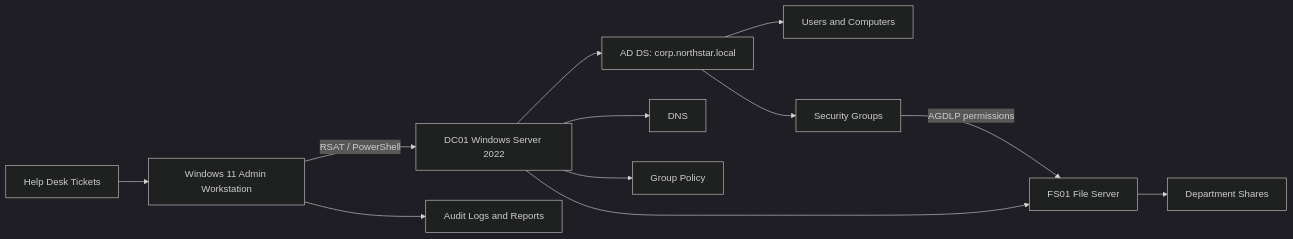
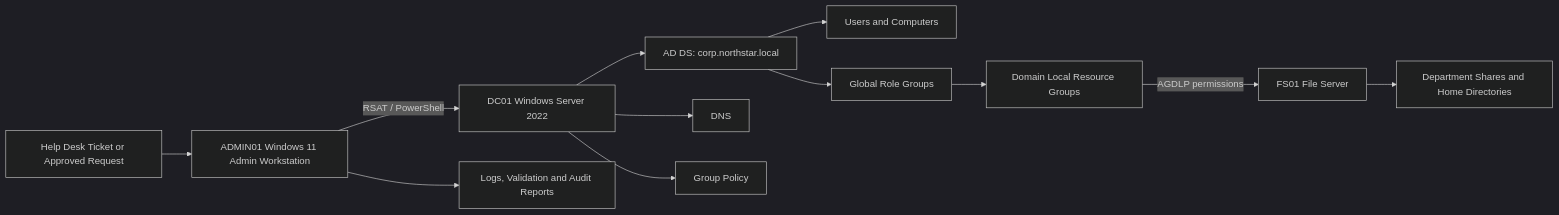
Before and after one commit to JamieChristian22/enterprise-it-operations-lab: the diagram in enterprise-active-directory-user-management-lab/README.md, drawn with Mermaid (dark theme). The commit also changed other lines of this file, not shown here.

````diff
--- a/enterprise-active-directory-user-management-lab/README.md
+++ b/enterprise-active-directory-user-management-lab/README.md
@@ -59,14 +68,14 @@
 ```mermaid
 flowchart LR
-    A[Windows 11 Admin Workstation] -->|RSAT / PowerShell| B[DC01 Windows Server 2022]
-    B --> C[AD DS: corp.northstar.local]
-    B --> D[DNS]
-    B --> E[Group Policy]
-    C --> F[Users and Computers]
-    C --> G[Security Groups]
-    B --> H[FS01 File Server]
-    G -->|AGDLP permissions| H
-    H --> I[Department Shares]
-    J[Help Desk Tickets] --> A
-    A --> K[Audit Logs and Reports]
+    T[Help Desk Ticket or Approved Request] --> A[ADMIN01 Windows 11 Admin Workstation]
+    A -->|RSAT / PowerShell| D[DC01 Windows Server 2022]
+    D --> AD[AD DS: corp.northstar.local]
+    D --> DNS[DNS]
+    D --> GPO[Group Policy]
+    AD --> U[Users and Computers]
+    AD --> GG[Global Role Groups]
+    GG --> DL[Domain Local Resource Groups]
+    DL -->|AGDLP permissions| F[FS01 File Server]
+    F --> S[Department Shares and Home Directories]
+    A --> L[Logs, Validation and Audit Reports]
 ```
````
